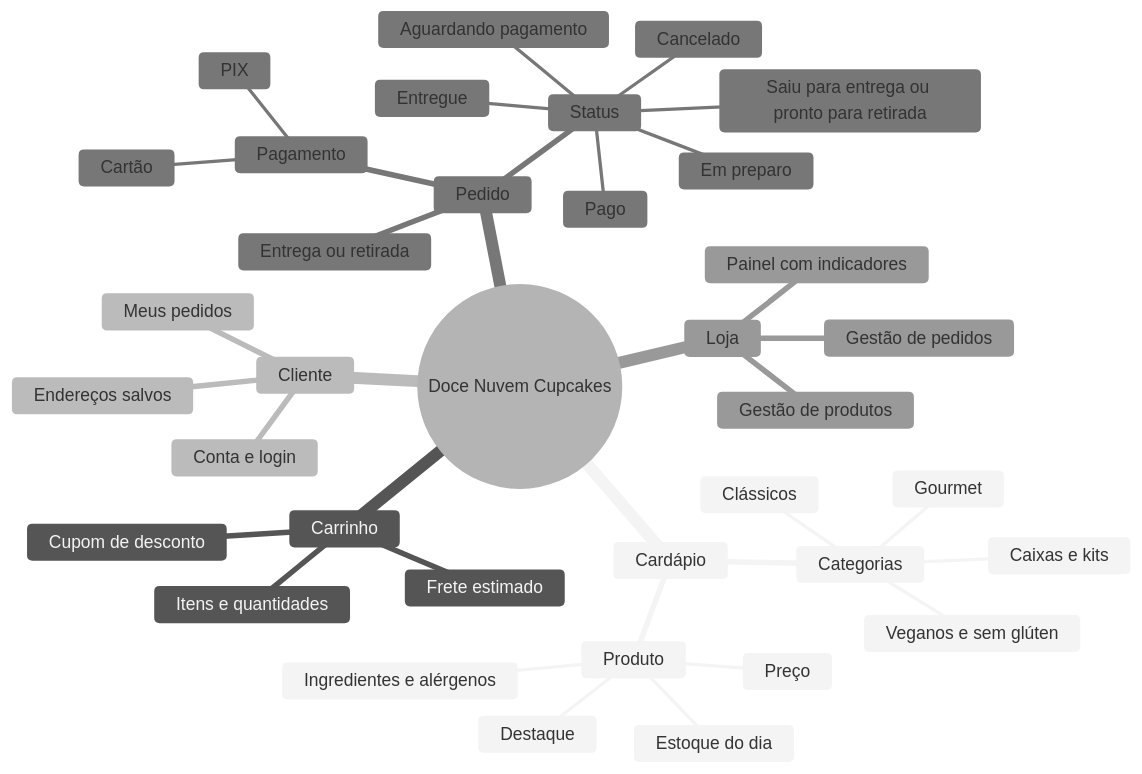
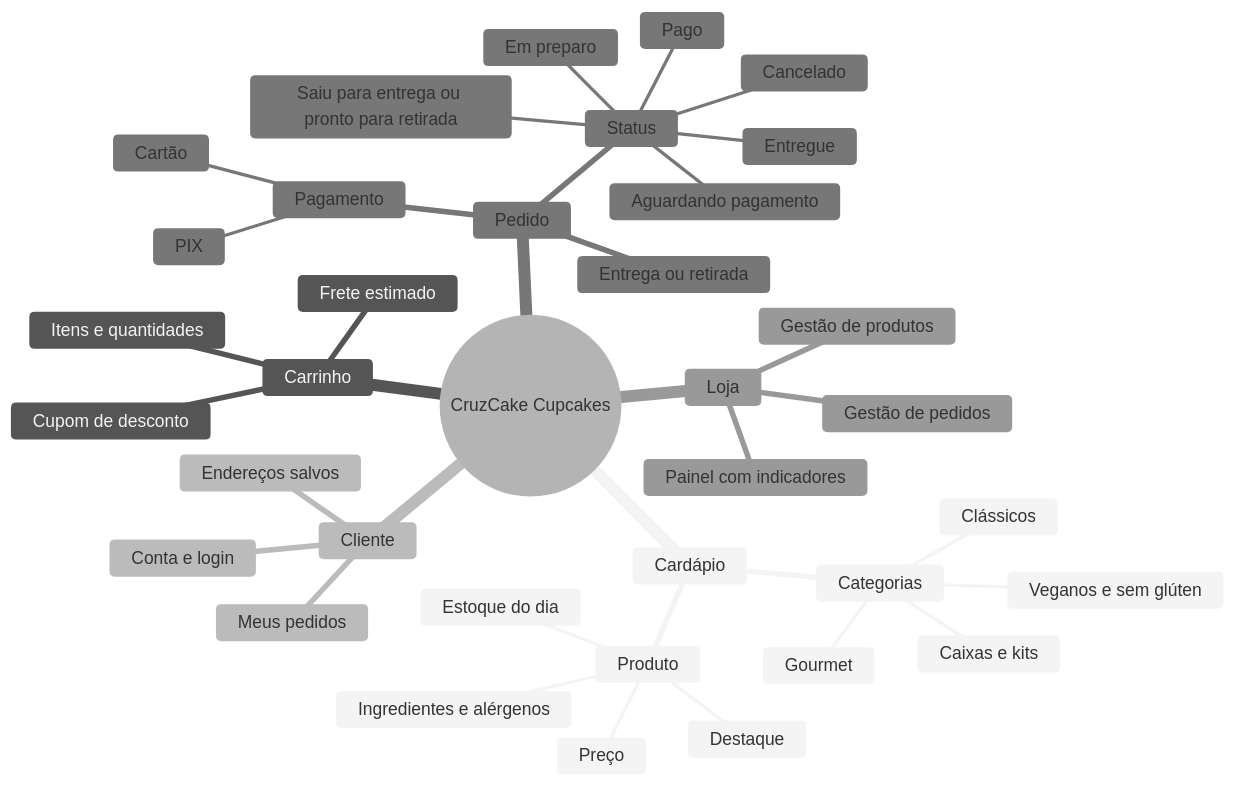
The first of 2 diagrams in docs/situacao-1-planejamento/06-ihc.md (massacruabusy/CruzCake_PIT2), drawn with Mermaid (neutral theme) before and after one commit. The commit also changed other lines of this file and 56 other files, not shown here.

First line of the commit message:
Marca CruzCake: novo nome, logo estrela + cupcake e paleta azul/laranja

````diff
--- a/docs/situacao-1-planejamento/06-ihc.md
+++ b/docs/situacao-1-planejamento/06-ihc.md
@@ -37,39 +42,39 @@
 ```mermaid
 mindmap
-  root((Doce Nuvem Cupcakes))
+  root((CruzCake Cupcakes))
     Cardápio
       Categorias
         Clássicos
         Gourmet
         Veganos e sem glúten
         Caixas e kits
       Produto
         Preço
         Ingredientes e alérgenos
         Estoque do dia
         Destaque
     Carrinho
       Itens e quantidades
       Cupom de desconto
       Frete estimado
     Cliente
       Conta e login
       Endereços salvos
       Meus pedidos
     Pedido
       Entrega ou retirada
       Pagamento
         PIX
         Cartão
       Status
         Aguardando pagamento
         Pago
         Em preparo
         Saiu para entrega ou pronto para retirada
         Entregue
         Cancelado
     Loja
       Painel com indicadores
       Gestão de produtos
       Gestão de pedidos
 ```
````
